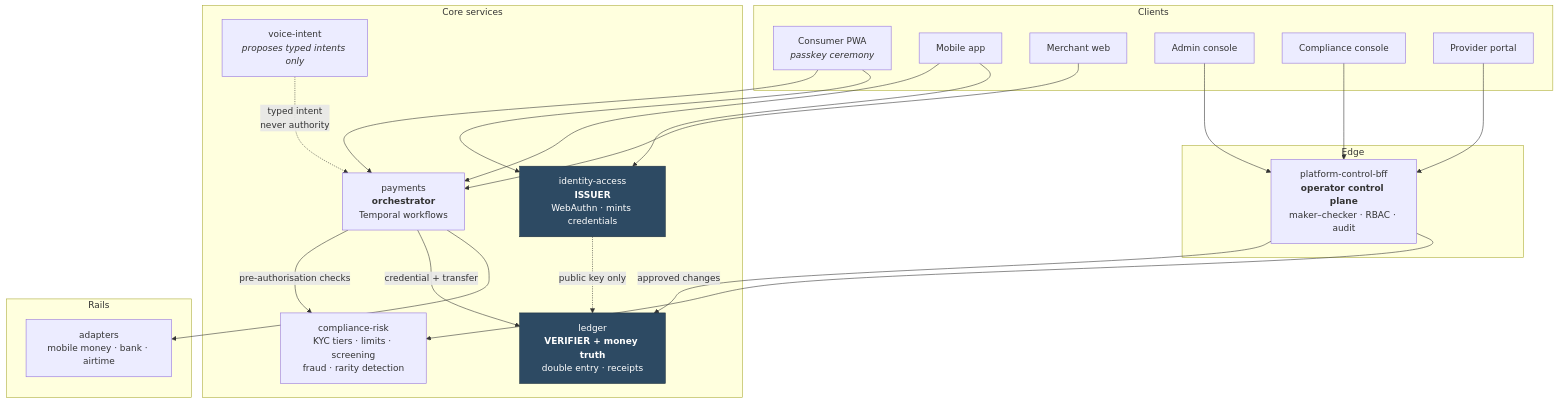
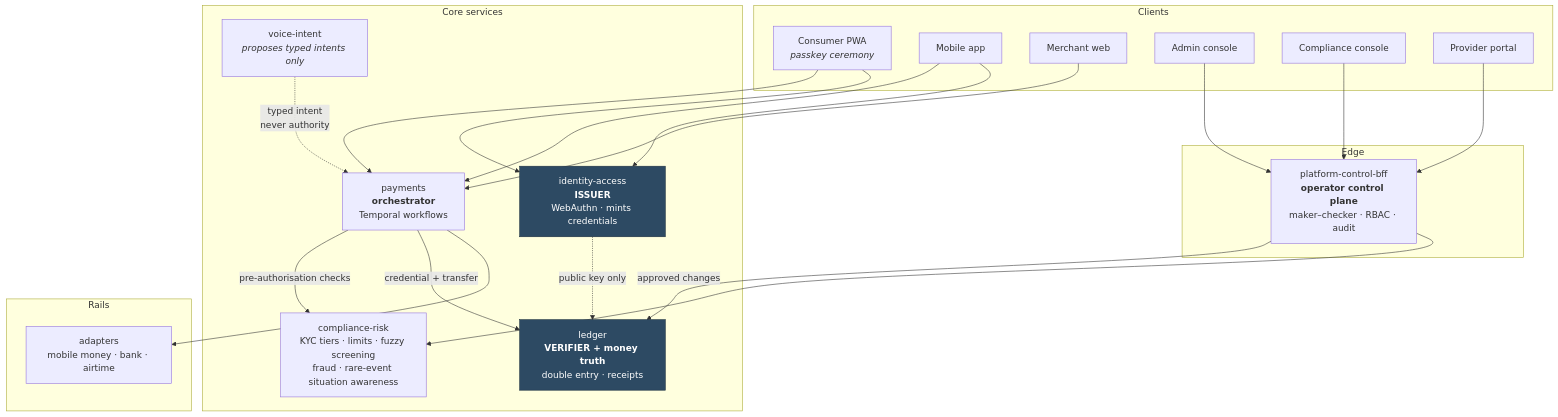
The first of 5 diagrams in docs/ARCHITECTURE.md (FrankAsanteVanLaarhoven/EPHERA-AI), drawn with Mermaid before and after one commit. The commit also changed other lines of this file and 1 other file, not shown here.

First line of the commit message:
Refresh README + architecture for the current build and the two-repo split

````diff
--- a/docs/ARCHITECTURE.md
+++ b/docs/ARCHITECTURE.md
@@ -46,43 +46,43 @@
 ```mermaid
 flowchart TB
     subgraph Clients
         PWA["Consumer PWA<br/><i>passkey ceremony</i>"]
         MOB["Mobile app"]
         MER["Merchant web"]
         OPS["Admin console"]
         CMP["Compliance console"]
         PRV["Provider portal"]
     end
 
     subgraph Edge
         BFF["platform-control-bff<br/><b>operator control plane</b><br/>maker–checker · RBAC · audit"]
     end
 
     subgraph Core["Core services"]
         IDN["identity-access<br/><b>ISSUER</b><br/>WebAuthn · mints credentials"]
         PAY["payments<br/><b>orchestrator</b><br/>Temporal workflows"]
         LED["ledger<br/><b>VERIFIER + money truth</b><br/>double entry · receipts"]
-        CRK["compliance-risk<br/>KYC tiers · limits · screening<br/>fraud · rarity detection"]
+        CRK["compliance-risk<br/>KYC tiers · limits · fuzzy screening<br/>fraud · rare-event situation awareness"]
         VOI["voice-intent<br/><i>proposes typed intents only</i>"]
     end
 
     subgraph Rails
         ADP["adapters<br/>mobile money · bank · airtime"]
     end
 
     PWA & MOB & MER --> PAY
     PWA & MOB --> IDN
     OPS & CMP & PRV --> BFF
     VOI -.->|"typed intent<br/>never authority"| PAY
 
     PAY -->|"pre-authorisation checks"| CRK
     PAY -->|"credential + transfer"| LED
     PAY --> ADP
     IDN -.->|"public key only"| LED
     BFF -->|"approved changes"| LED
     BFF --> CRK
 
     LED:::authority
     IDN:::authority
     classDef authority fill:#2d4a63,stroke:#1a2d3d,color:#fff
 ```
````
